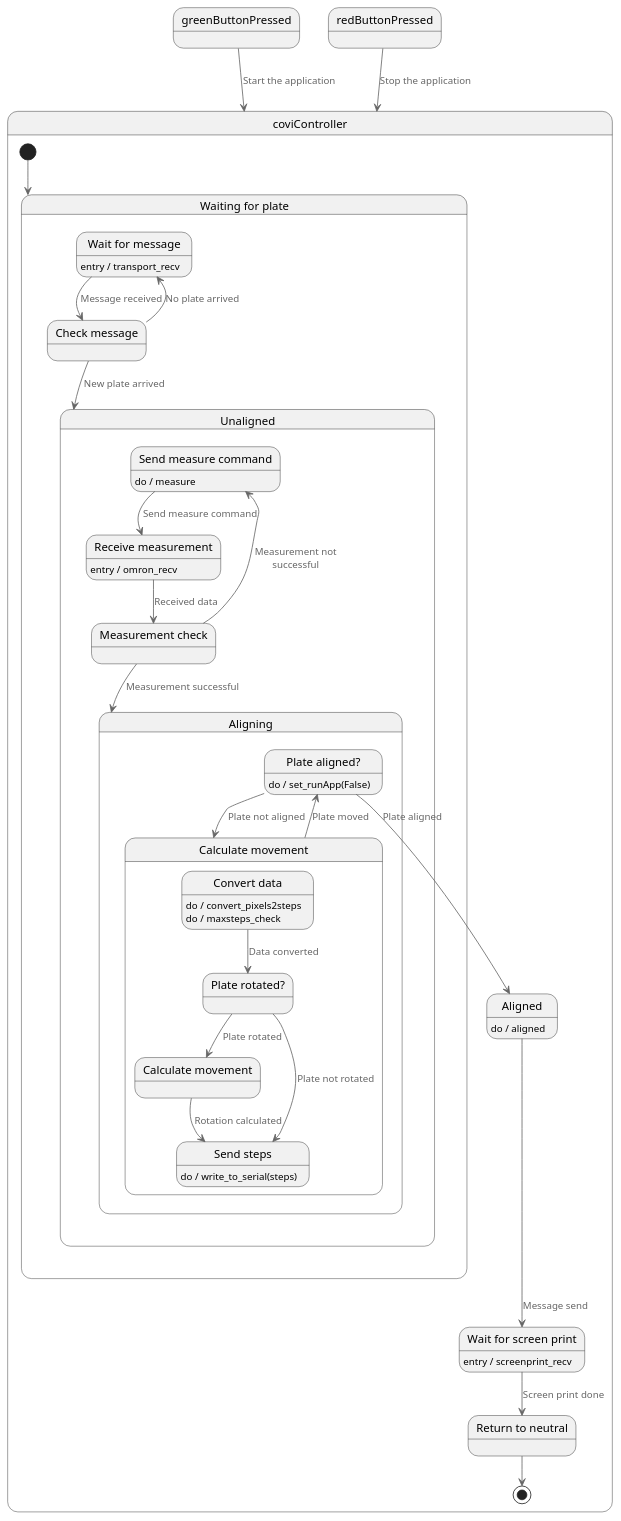
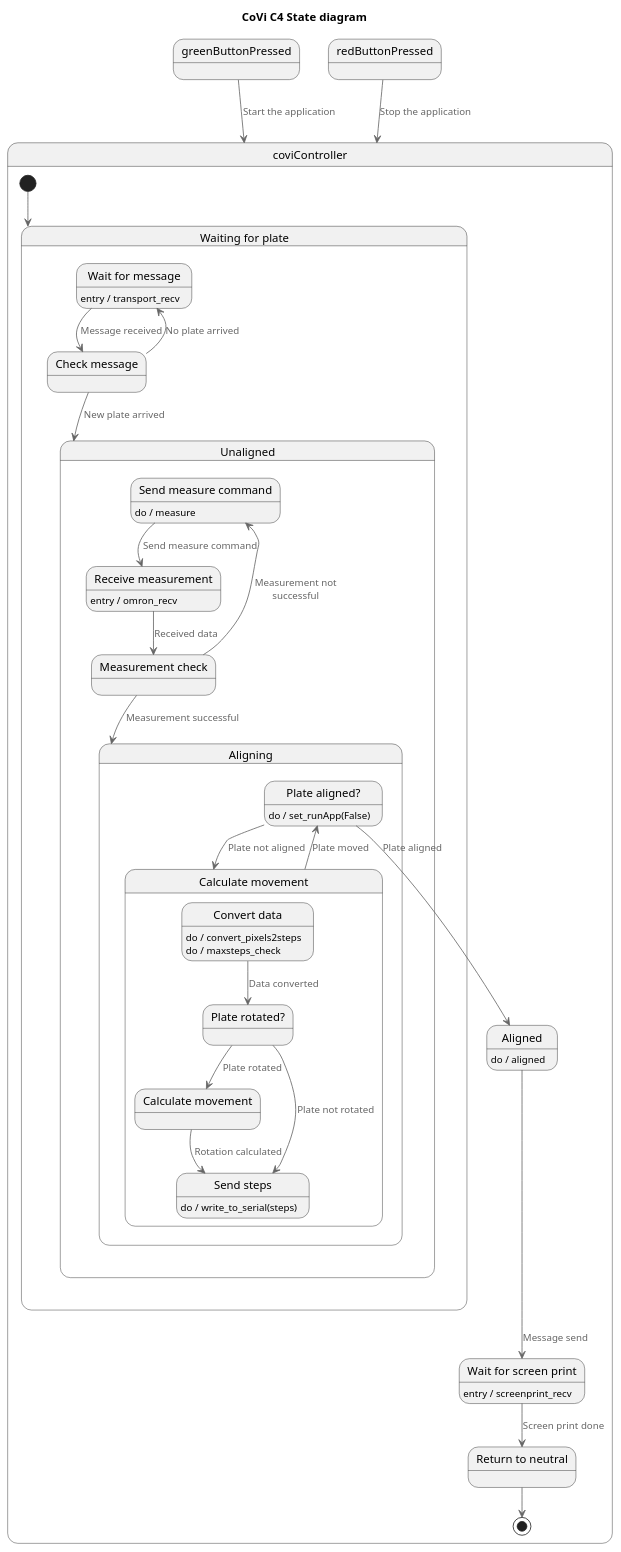
The diagram in C4 Model/CoViC4Code.puml (ricardosnabel/AWL-SPA), drawn with PlantUML before and after one commit. The commit also changed 12 other files, not shown here.

Commit message:
Added titles to the diagrams

```diff
--- a/C4 Model/CoViC4Code.puml
+++ b/C4 Model/CoViC4Code.puml
@@ -1,59 +1,61 @@
 @startuml CoViCode
 !include https://raw.githubusercontent.com/plantuml-stdlib/C4-PlantUML/master/C4.puml
+
+title CoVi C4 State diagram
 
 state coviController{
     state "Waiting for plate" as waitforplate {
         state "Wait for message" as transportrecv : entry / transport_recv
         state "Check message" as transportcheck
 
         transportrecv --> transportcheck : Message received
         transportcheck --> unaligned : New plate arrived
         transportcheck --> transportrecv : No plate arrived
     }
     state "Unaligned" as unaligned {
         state "Send measure command" as omronsendmeasure : do / measure
         state "Receive measurement" as omronrecvmeasure : entry / omron_recv
         state "Measurement check" as omroncheck
 
         omronsendmeasure --> omronrecvmeasure : Send measure command
         omronrecvmeasure --> omroncheck : Received data
         omroncheck --> aligning : Measurement successful
         omroncheck --> omronsendmeasure : Measurement not successful
     }
     state "Aligning" as aligning {
         state "Plate aligned?" as alignedcheck : do / set_runApp(False)
         state "Calculate movement" as calculatemovement{
             state "Convert data" as convertdata : do / convert_pixels2steps
             convertdata : do / maxsteps_check
             state "Plate rotated?" as rotationcheck
             state "Calculate movement" as rotationcalc
             state "Send steps" as actuatorsend : do / write_to_serial(steps)
 
             convertdata --> rotationcheck : Data converted
             rotationcheck --> rotationcalc : Plate rotated
             rotationcalc --> actuatorsend : Rotation calculated
             rotationcheck --> actuatorsend : Plate not rotated
         }
         
         alignedcheck --> calculatemovement : Plate not aligned
         calculatemovement --> alignedcheck : Plate moved
     }
 
     state "Aligned" as aligned : do / aligned
     state "Wait for screen print" as waitforscreenprint : entry / screenprint_recv
     state "Return to neutral" as returntoneutral
 
     [*] --> waitforplate
     alignedcheck --> aligned : Plate aligned
     aligned --> waitforscreenprint : Message send
     waitforscreenprint --> returntoneutral : Screen print done
     returntoneutral --> [*]
 }
 
 state greenButtonPressed
 state redButtonPressed
 
 greenButtonPressed --> coviController : Start the application
 redButtonPressed --> coviController : Stop the application
 
 @enduml
```
